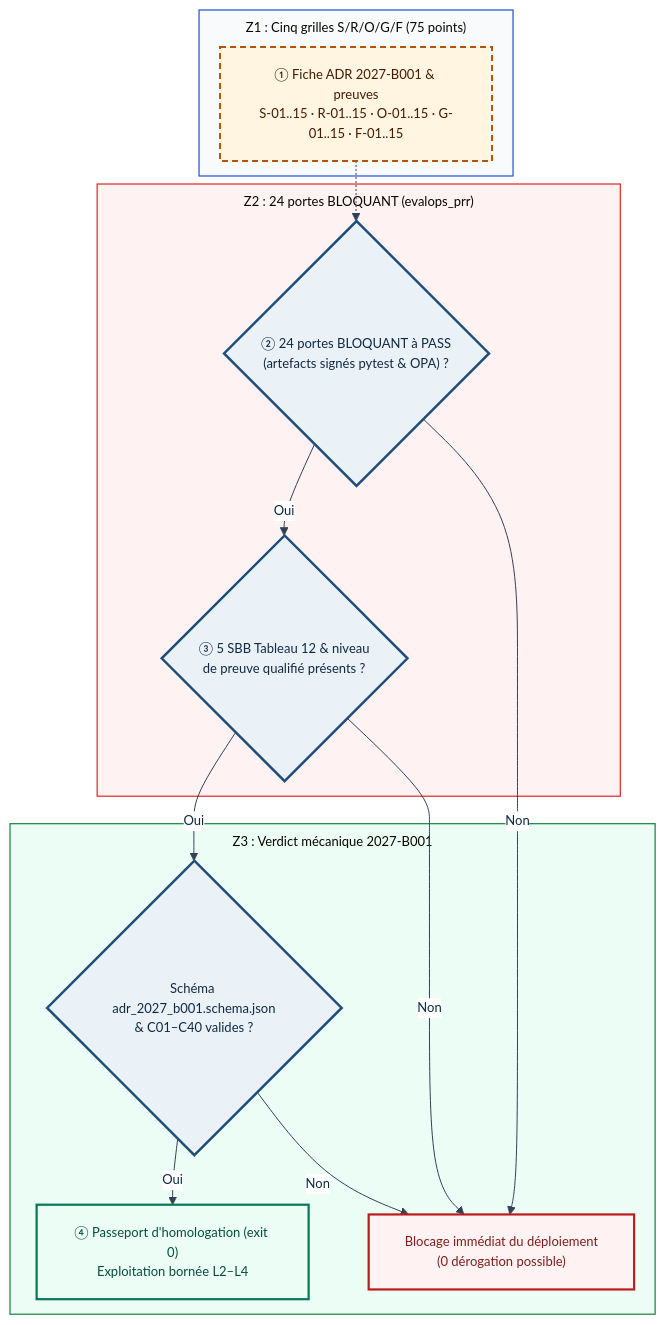
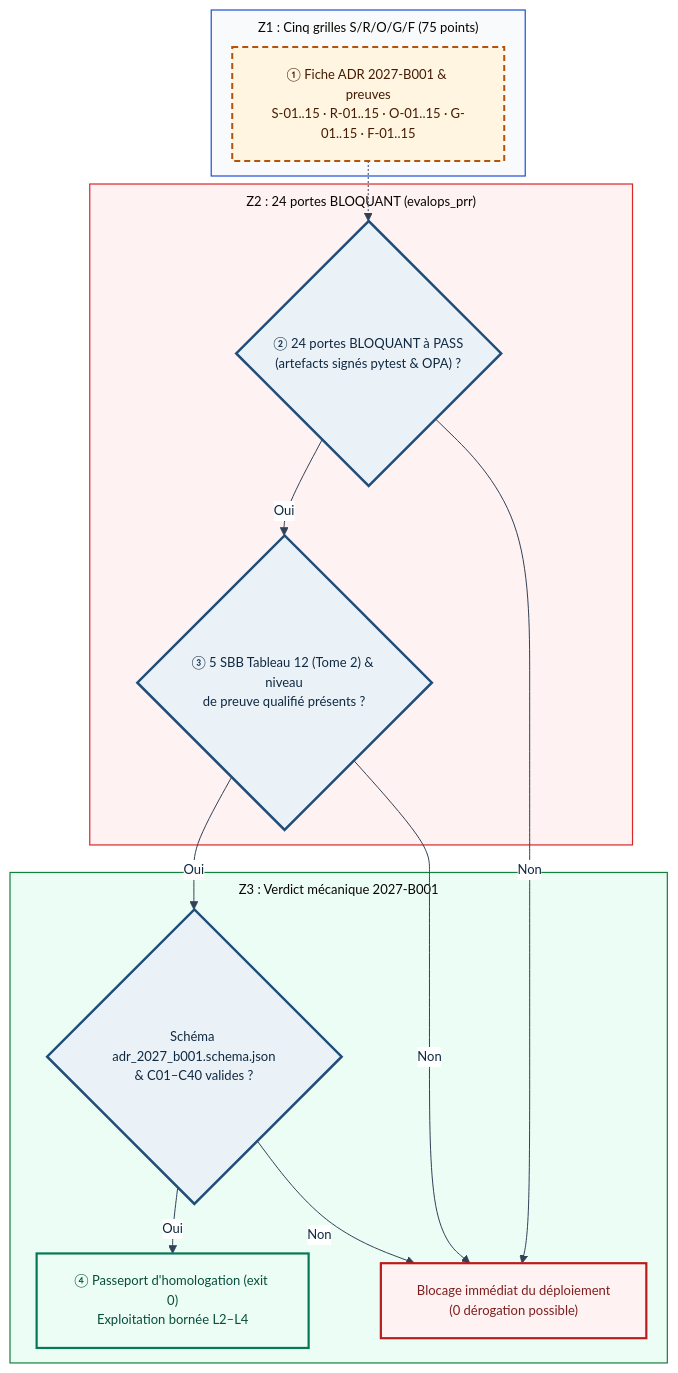
One commit to agbruneau/Agentique changed the diagram in Sources/Compendium/ouvrage/schemas/SCH-34-03.mmd. Above: the diagram before and after it, drawn with Mermaid. The commit also changed 121 other files, not shown here.

```diff
--- a/Sources/Compendium/ouvrage/schemas/SCH-34-03.mmd
+++ b/Sources/Compendium/ouvrage/schemas/SCH-34-03.mmd
@@ -1,30 +1,30 @@
 %%{init: {'theme': 'base', 'themeVariables': {'fontFamily': 'DejaVu Sans', 'fontSize': '13px', 'lineColor': '#334155', 'edgeLabelBackground': '#FFFFFF', 'primaryTextColor': '#0F2942'}, 'flowchart': {'nodeSpacing': 22, 'rankSpacing': 30, 'padding': 18, 'subGraphTitleMargin': {'top': 8, 'bottom': 14}}}}%%
 flowchart TD
   subgraph Z1["Z1 : Cinq grilles S/R/O/G/F (75 points)"]
     SUB["① Fiche ADR 2027-B001 & preuves<br/>S-01..15 · R-01..15 · O-01..15 · G-01..15 · F-01..15"]:::prob
   end
   subgraph Z2["Z2 : 24 portes BLOQUANT (evalops_prr)"]
     PRR24{"② 24 portes BLOQUANT à PASS<br/>(artefacts signés pytest & OPA) ?"}:::det
-    SBB{"③ 5 SBB Tableau 12 & niveau<br/>de preuve qualifié présents ?"}:::det
+    SBB{"③ 5 SBB Tableau 12 (Tome 2) & niveau<br/>de preuve qualifié présents ?"}:::det
   end
   subgraph Z3["Z3 : Verdict mécanique 2027-B001"]
     B001{"Schéma adr_2027_b001.schema.json<br/>& C01–C40 valides ?"}:::det
     PASS["④ Passeport d'homologation (exit 0)<br/>Exploitation bornée L2–L4"]:::ok
     FAIL["Blocage immédiat du déploiement<br/>(0 dérogation possible)"]:::danger
   end
   SUB -.-> PRR24
   PRR24 -->|Oui| SBB
   PRR24 -->|Non| FAIL
   SBB -->|Oui| B001
   SBB -->|Non| FAIL
   B001 -->|Oui| PASS
   B001 -->|Non| FAIL
 
   classDef det fill:#EBF2F7,stroke:#1E4E79,stroke-width:2.5px,color:#0F2942
   classDef prob fill:#FFF5E0,stroke:#B45309,stroke-width:2px,stroke-dasharray:6 4,color:#451A03
   classDef danger fill:#FEF2F2,stroke:#B91C1C,stroke-width:2.2px,color:#7F1D1D
   classDef ok fill:#ECFDF5,stroke:#047857,stroke-width:2.2px,color:#064E3B
   classDef ext fill:#F3F4F6,stroke:#4B5563,stroke-width:1.5px,color:#111827
   style Z1 fill:#F8FAFC,stroke:#1D4ED8,stroke-width:1.2px
   style Z2 fill:#FEF2F2,stroke:#DC2626,stroke-width:1.2px
   style Z3 fill:#ECFDF5,stroke:#15803D,stroke-width:1.2px
```
